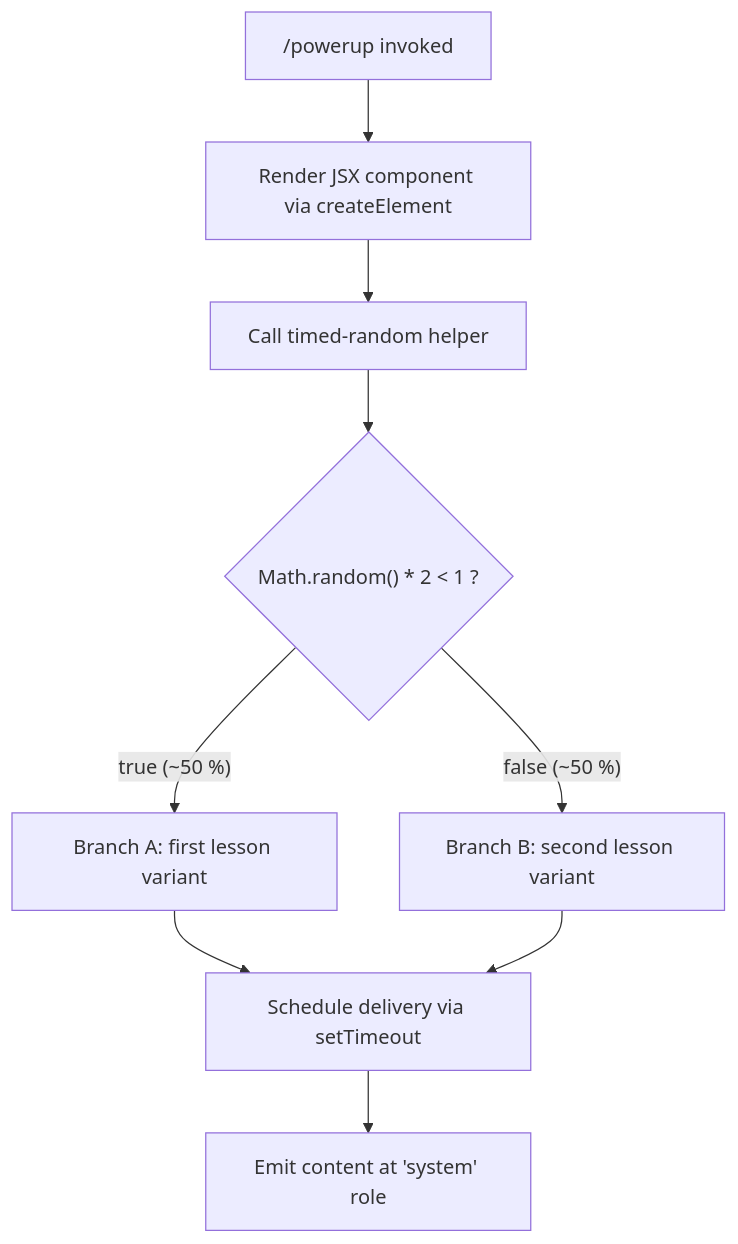
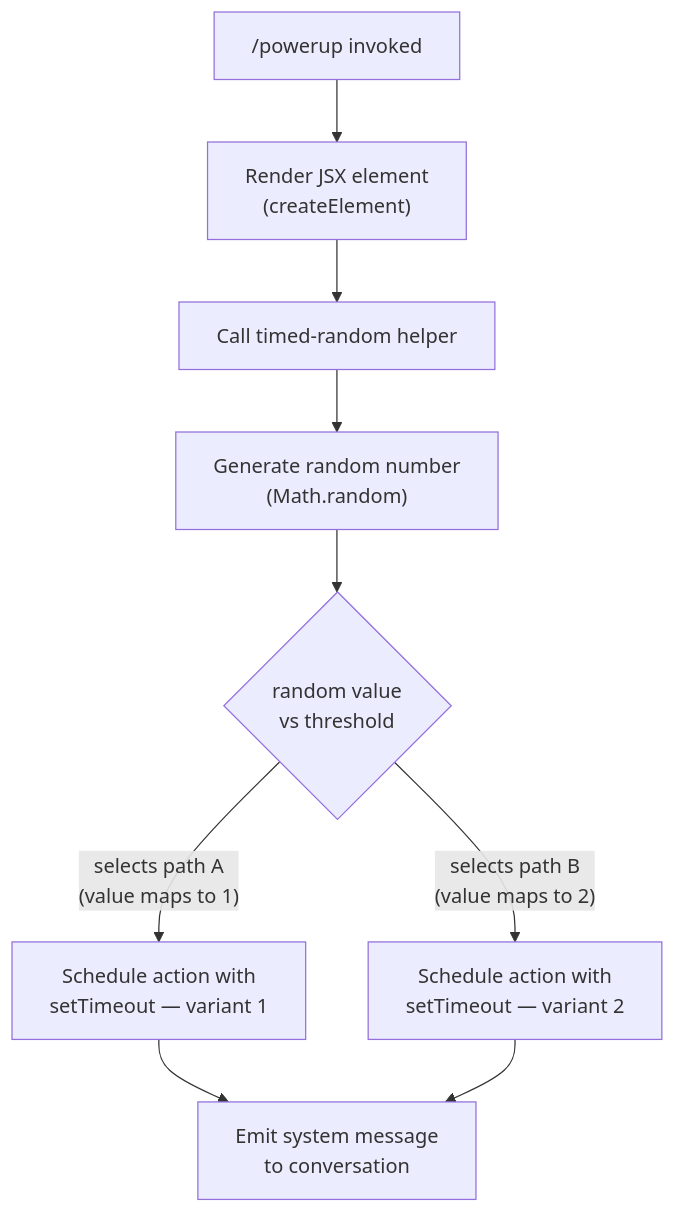
Before and after one commit to MyLittleLuckyDog/cc-gnothi: the diagram in versions/v2.1.143/powerup.md, drawn with Mermaid. The commit also changed other lines of this file and 87 other files, not shown here.

````diff
--- a/versions/v2.1.143/powerup.md
+++ b/versions/v2.1.143/powerup.md
@@ -46,11 +41,11 @@
 ```mermaid
 flowchart TD
-    A["/powerup invoked"] --> B["Render JSX component via createElement"]
+    A["/powerup invoked"] --> B["Render JSX element\n(createElement)"]
     B --> C["Call timed-random helper"]
-    C --> D{"Math.random() * 2 < 1 ?"}
-    D -- "true  (~50 %)" --> E["Branch A: first lesson variant"]
-    D -- "false (~50 %)" --> F["Branch B: second lesson variant"]
-    E --> G["Schedule delivery via setTimeout"]
-    F --> G
-    G --> H["Emit content at 'system' role"]
+    C --> D["Generate random number\n(Math.random)"]
+    D --> E{"random value\nvs threshold"}
+    E -->|"selects path A\n(value maps to 1)"| F["Schedule action with\nsetTimeout — variant 1"]
+    E -->|"selects path B\n(value maps to 2)"| G["Schedule action with\nsetTimeout — variant 2"]
+    F --> H["Emit system message\nto conversation"]
+    G --> H
 ```
````
